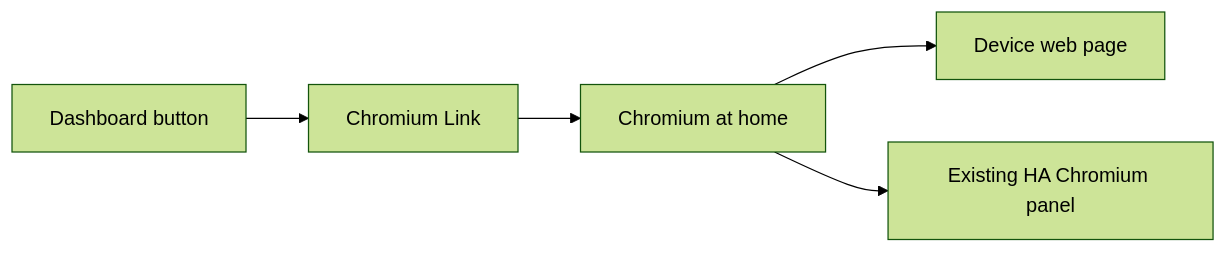
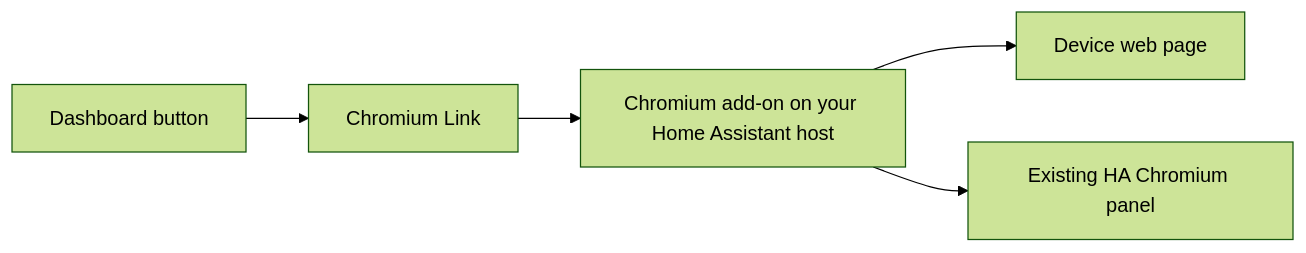
Before and after one commit to thomasgregg/chromium-link: the diagram in README.md, drawn with Mermaid (forest theme). The commit also changed other lines of this file, not shown here.

````diff
--- a/README.md
+++ b/README.md
@@ -87,7 +143,7 @@
 ```mermaid
 flowchart LR
     A[Dashboard button] --> B[Chromium Link]
-    B --> C[Chromium at home]
+    B --> C[Chromium add-on on your Home Assistant host]
     C --> D[Device web page]
     C --> E[Existing HA Chromium panel]
 ```
````
